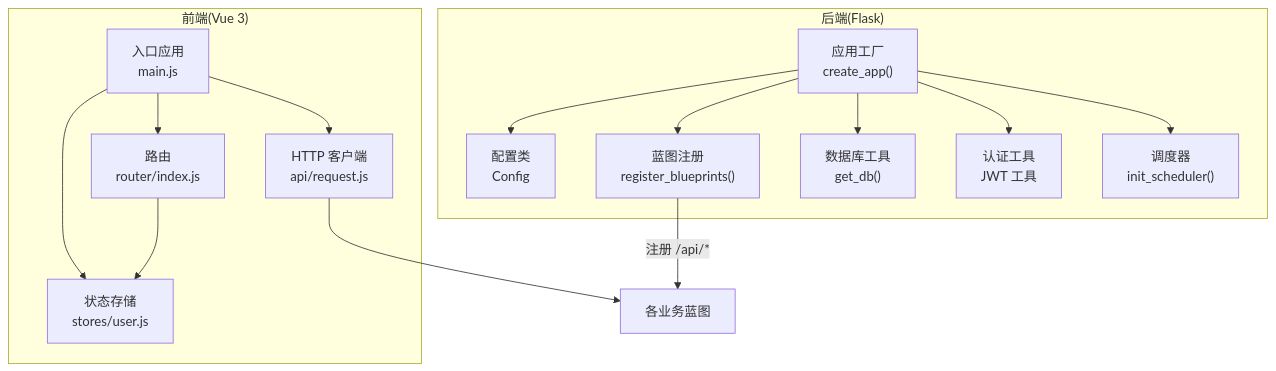
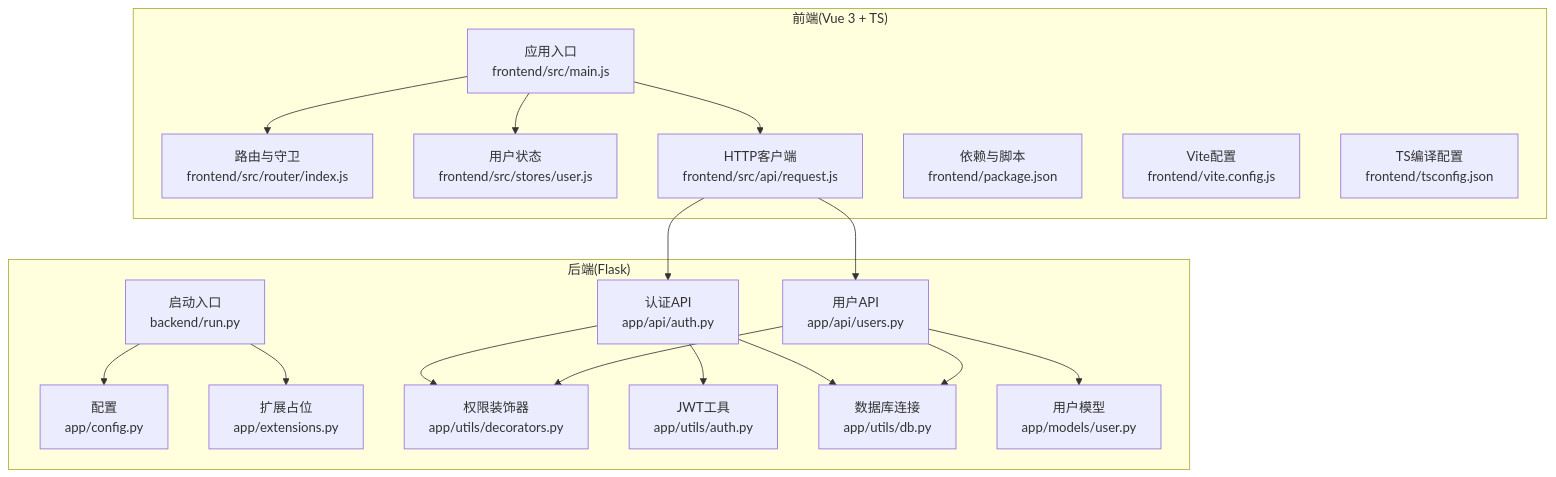
One commit to ismine3/OPS changed the first of 6 diagrams in .qoder/repowiki/zh/content/开发指南/开发指南.md. Above: the diagram before and after it, drawn with Mermaid. The commit also changed other lines of this file and 109 other files, not shown here.

````diff
--- a/.qoder/repowiki/zh/content/开发指南/开发指南.md
+++ b/.qoder/repowiki/zh/content/开发指南/开发指南.md
@@ -43,28 +57,36 @@
 ```mermaid
 graph TB
 subgraph "后端(Flask)"
-A["应用工厂<br/>create_app()"]
-B["配置类<br/>Config"]
-C["蓝图注册<br/>register_blueprints()"]
-D["数据库工具<br/>get_db()"]
-E["认证工具<br/>JWT 工具"]
-F["调度器<br/>init_scheduler()"]
+CFG["配置<br/>app/config.py"]
+EXT["扩展占位<br/>app/extensions.py"]
+API_AUTH["认证API<br/>app/api/auth.py"]
+API_USERS["用户API<br/>app/api/users.py"]
+UTIL_DEC["权限装饰器<br/>app/utils/decorators.py"]
+UTIL_AUTH["JWT工具<br/>app/utils/auth.py"]
+UTIL_DB["数据库连接<br/>app/utils/db.py"]
+MODEL_USER["用户模型<br/>app/models/user.py"]
+RUN["启动入口<br/>backend/run.py"]
 end
-subgraph "前端(Vue 3)"
-G["入口应用<br/>main.js"]
-H["路由<br/>router/index.js"]
-I["状态存储<br/>stores/user.js"]
-J["HTTP 客户端<br/>api/request.js"]
+subgraph "前端(Vue 3 + TS)"
+MAIN["应用入口<br/>frontend/src/main.js"]
+ROUTER["路由与守卫<br/>frontend/src/router/index.js"]
+STORE_USER["用户状态<br/>frontend/src/stores/user.js"]
+HTTP["HTTP客户端<br/>frontend/src/api/request.js"]
+PKG["依赖与脚本<br/>frontend/package.json"]
+VITE["Vite配置<br/>frontend/vite.config.js"]
+TSC["TS编译配置<br/>frontend/tsconfig.json"]
 end
-A --> B
-A --> C
-A --> F
-C --> |"注册 /api/*"| K["各业务蓝图"]
-A --> D
-A --> E
-G --> H
-G --> I
-G --> J
-H --> I
-J --> K
+MAIN --> ROUTER
+MAIN --> STORE_USER
+MAIN --> HTTP
+HTTP --> API_AUTH
+HTTP --> API_USERS
+API_AUTH --> UTIL_AUTH
+API_USERS --> MODEL_USER
+API_AUTH --> UTIL_DEC
+API_USERS --> UTIL_DEC
+API_AUTH --> UTIL_DB
+API_USERS --> UTIL_DB
+RUN --> CFG
+RUN --> EXT
 ```
````
